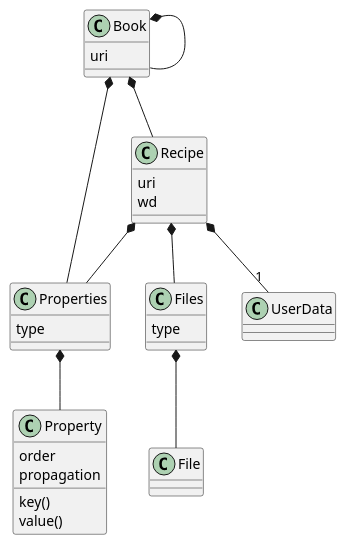
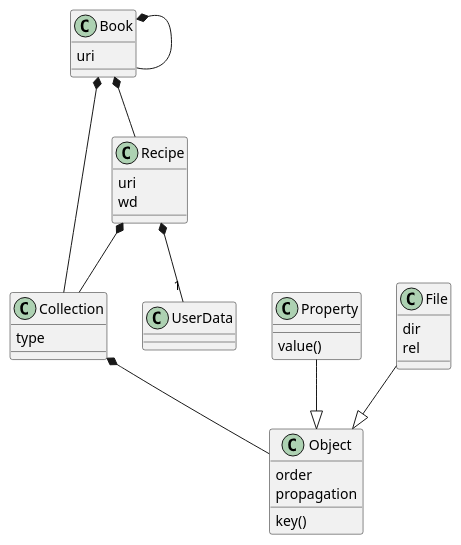
Before and after one commit to decode-it/cook: the diagram in doc/design/src/model/model.puml, drawn with PlantUML.

```diff
--- a/doc/design/src/model/model.puml
+++ b/doc/design/src/model/model.puml
@@ -1,32 +1,35 @@
 @startuml
 class Book
 class Recipe
-class Properties
+class Collection
+class Object
 class Property
-class Files
 class File
 class UserData
 
 Book *-- Book
 Book *-- Recipe
-Book *-- Properties
+Book *-- Collection
 Book : uri
 
-Recipe *-- Files
-Recipe *-- Properties
+Recipe *-- Collection
 Recipe *-- "1" UserData
 Recipe : uri
 Recipe : wd
 
-Properties *-- Property
-Properties : type
+Collection *-- Object
+Collection : type
 
-Property : key()
+Object : key()
+Object : order
+Object : propagation
+
+
+Property --|> Object
 Property : value()
-Property : order
-Property : propagation
 
-Files *-- File
-Files : type
+File --|> Object
+File : dir
+File : rel
 
 @enduml
```
